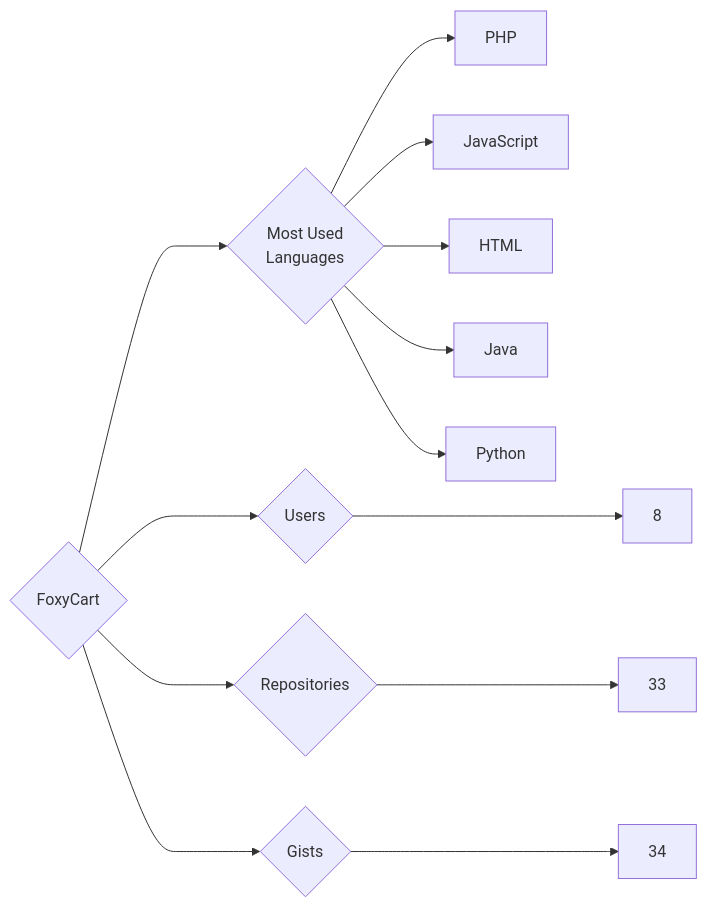
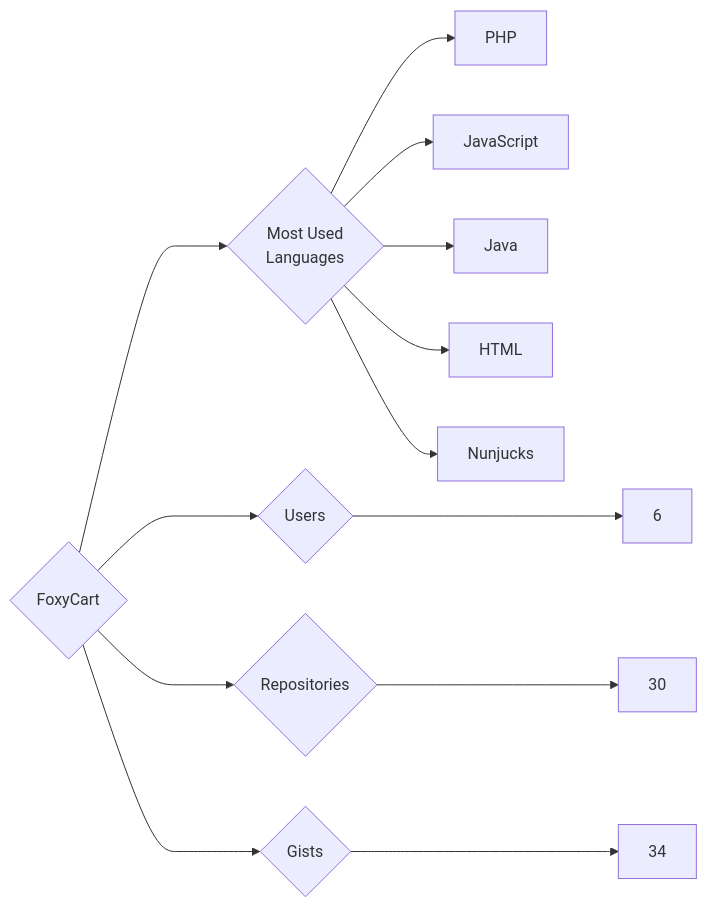
Before and after one commit to trickest/insiders: the diagram in targets/FoxyCart/README.md, drawn with Mermaid. The commit also changed 1166 other files, not shown here.

````diff
--- a/targets/FoxyCart/README.md
+++ b/targets/FoxyCart/README.md
@@ -3,13 +3,13 @@
 ```mermaid
 graph LR
 COMPANY_NAME{FoxyCart}
-COMPANY_NAME ---> U{Users} ---> UN[8]
-COMPANY_NAME ---> R{Repositories} ---> RN[33]
+COMPANY_NAME ---> U{Users} ---> UN[6]
+COMPANY_NAME ---> R{Repositories} ---> RN[30]
 COMPANY_NAME ---> G{Gists} ---> GN[34]
 COMPANY_NAME ---> ML{Most Used<br>Languages}
 ML --> PHP[PHP]
 ML --> JavaScript[JavaScript]
+ML --> Java[Java]
 ML --> HTML[HTML]
-ML --> Java[Java]
-ML --> Python[Python]
+ML --> Nunjucks[Nunjucks]
 ```
````
